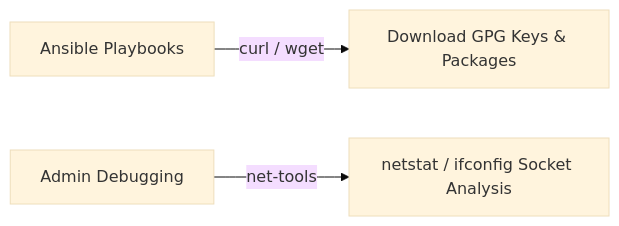
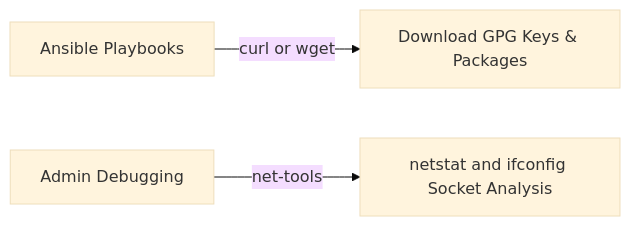
Diagram 12 of 14 in nfs-cluster/HA-NFS-Ceph-Architecture-Guide.md (seang454/nfs-cluster), drawn with Mermaid (base theme) before and after one commit. The commit also changed other lines of this file, not shown here.

````diff
--- a/nfs-cluster/HA-NFS-Ceph-Architecture-Guide.md
+++ b/nfs-cluster/HA-NFS-Ceph-Architecture-Guide.md
@@ -313,5 +377,5 @@
 ```mermaid
 flowchart LR
-    Script["Ansible Playbooks"] -->|curl / wget| Repos["Download GPG Keys & Packages"]
-    Admin["Admin Debugging"] -->|net-tools| Sockets["netstat / ifconfig Socket Analysis"]
+    Script["Ansible Playbooks"] -->|"curl or wget"| Repos["Download GPG Keys & Packages"]
+    Admin["Admin Debugging"] -->|"net-tools"| Sockets["netstat and ifconfig Socket Analysis"]
 ```
````
